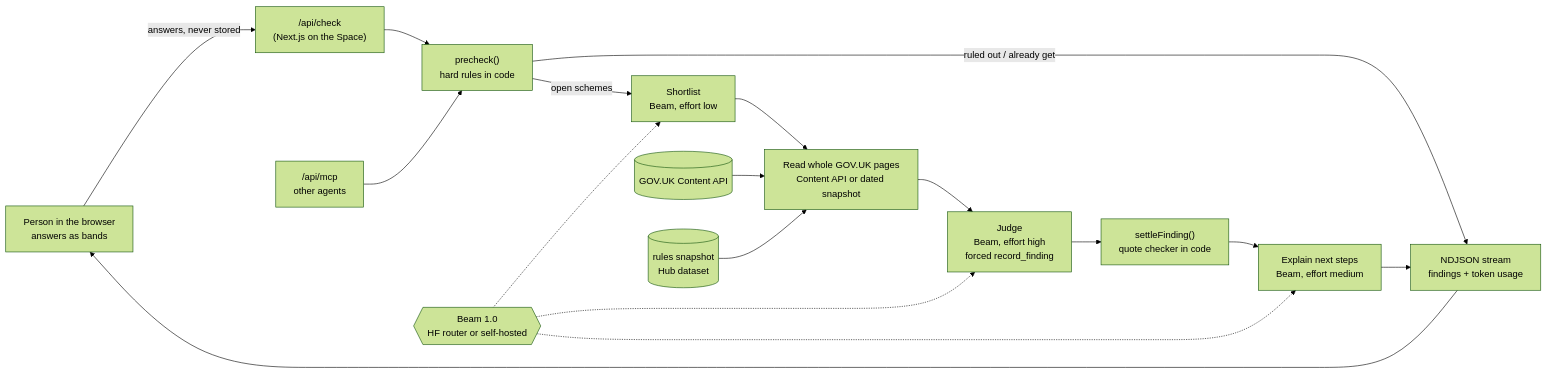
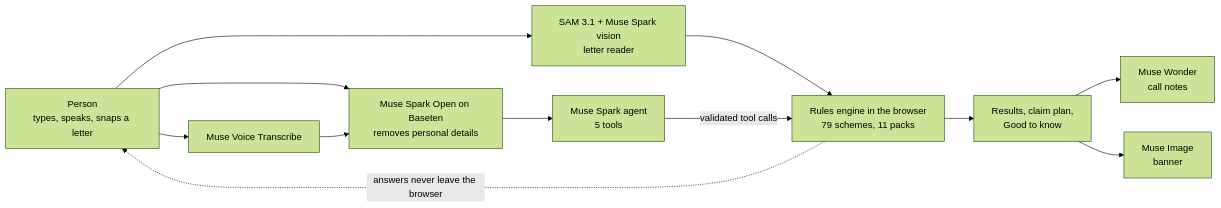
The diagram in README.md (Dinesh-Sunny/beacon), drawn with Mermaid (forest theme) before and after one commit. The commit also changed other lines of this file and 25 other files, not shown here.

````diff
--- a/README.md
+++ b/README.md
@@ -58,17 +72,14 @@
 ```mermaid
 flowchart LR
-  P[Person in the browser<br/>answers as bands] -->|answers, never stored| API["/api/check<br/>(Next.js on the Space)"]
-  API --> PC["precheck()<br/>hard rules in code"]
-  PC -->|ruled out / already get| S
-  PC -->|open schemes| SL["Shortlist<br/>Beam, effort low"]
-  SL --> RD["Read whole GOV.UK pages<br/>Content API or dated snapshot"]
-  RD --> J["Judge<br/>Beam, effort high<br/>forced record_finding"]
-  J --> V["settleFinding()<br/>quote checker in code"]
-  V --> EX["Explain next steps<br/>Beam, effort medium"]
-  EX --> S["NDJSON stream<br/>findings + token usage"]
-  S --> P
-  MCP["/api/mcp<br/>other agents"] --> PC
-  GOV[(GOV.UK Content API)] --> RD
-  SNAP[(rules snapshot<br/>Hub dataset)] --> RD
-  BEAM{{"Beam 1.0<br/>HF router or self-hosted"}} -.-> SL & J & EX
+  P["Person<br/>types, speaks, snaps a letter"] --> V[Muse Voice Transcribe]
+  P --> S[SAM 3.1 + Muse Spark vision<br/>letter reader]
+  P --> O["Muse Spark Open on Baseten<br/>removes personal details"]
+  V --> O
+  O --> A["Muse Spark agent<br/>5 tools"]
+  S --> C
+  A -->|validated tool calls| C["Rules engine in the browser<br/>79 schemes, 11 packs"]
+  C --> R["Results, claim plan,<br/>Good to know"]
+  R --> W[Muse Wonder<br/>call notes]
+  R --> I[Muse Image<br/>banner]
+  C -.->|answers never leave the browser| P
 ```
````
